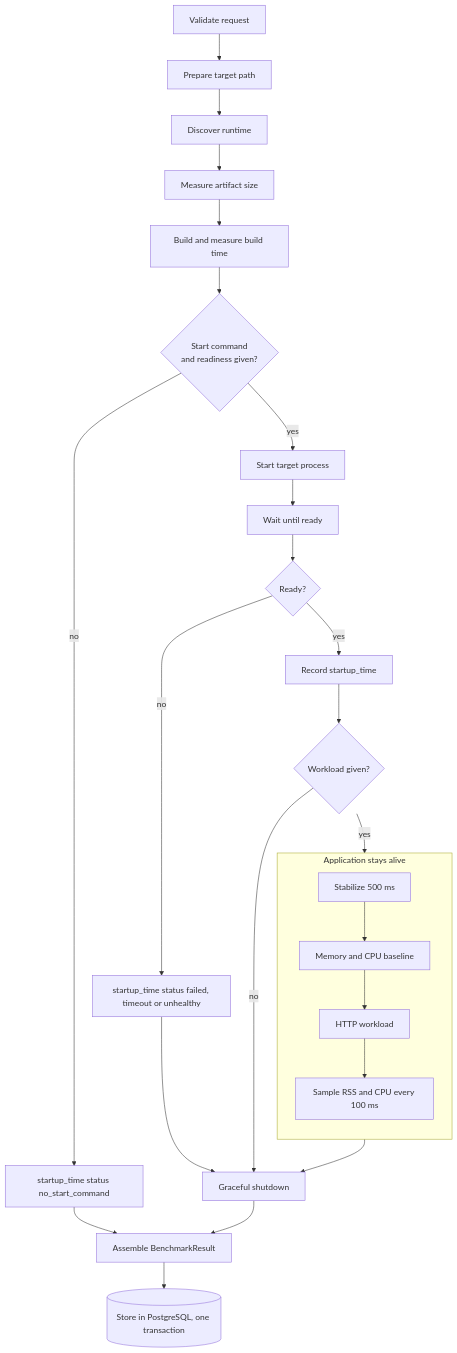
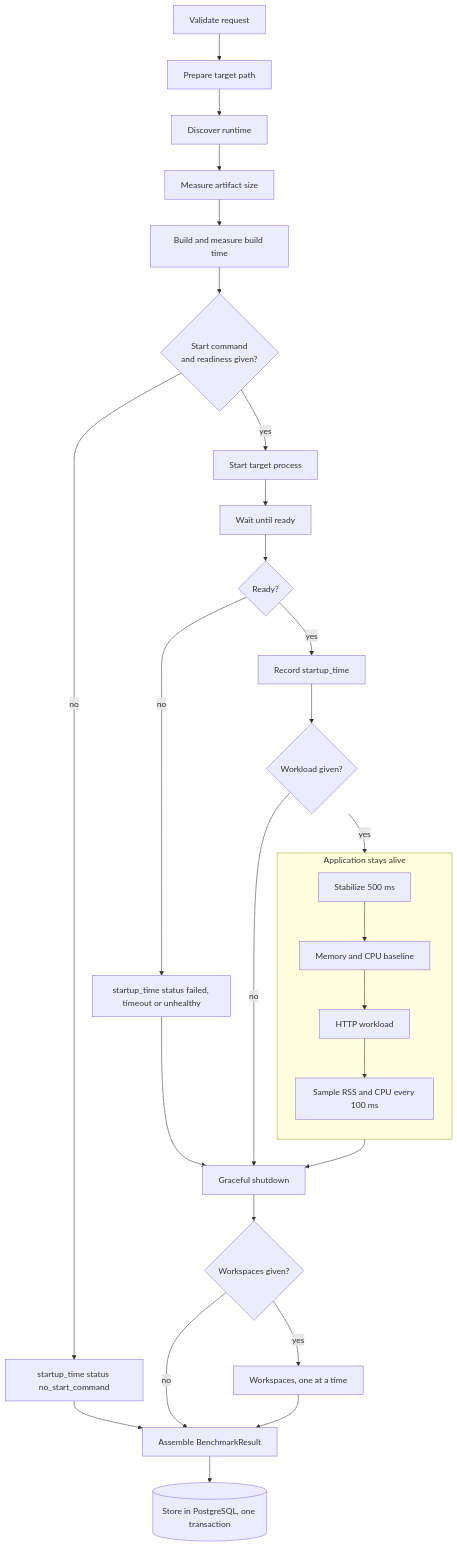
The diagram in docs/lifecycle.md (dheerajy1/benchmark-api), drawn with Mermaid before and after one commit. The commit also changed other lines of this file and 57 other files, not shown here.

````diff
--- a/docs/lifecycle.md
+++ b/docs/lifecycle.md
@@ -7,28 +7,31 @@
 ```mermaid
 flowchart TD
     A[Validate request] --> B[Prepare target path]
     B --> C[Discover runtime]
     C --> D[Measure artifact size]
     D --> E[Build and measure build time]
     E --> F{Start command<br/>and readiness given?}
     F -- no --> N[startup_time status no_start_command]
     F -- yes --> G[Start target process]
     G --> H[Wait until ready]
     H --> I{Ready?}
     I -- no --> J[startup_time status failed, timeout or unhealthy]
     I -- yes --> K[Record startup_time]
     K --> L{Workload given?}
     L -- no --> M[Graceful shutdown]
     L -- yes --> W
     subgraph W [Application stays alive]
         direction TB
         W1[Stabilize 500 ms] --> W2[Memory and CPU baseline]
         W2 --> W3[HTTP workload]
         W3 --> W4[Sample RSS and CPU every 100 ms]
     end
     W --> M
     J --> M
     N --> R
-    M --> R[Assemble BenchmarkResult]
+    M --> X{Workspaces given?}
+    X -- no --> R
+    X -- yes --> Y[Workspaces, one at a time]
+    Y --> R[Assemble BenchmarkResult]
     R --> S[(Store in PostgreSQL, one transaction)]
 ```
````
